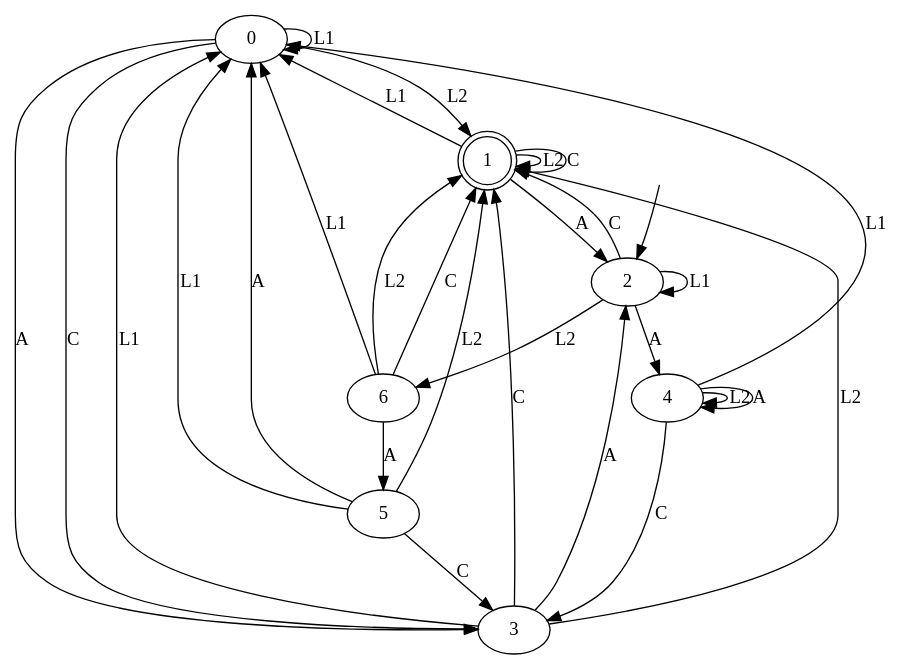
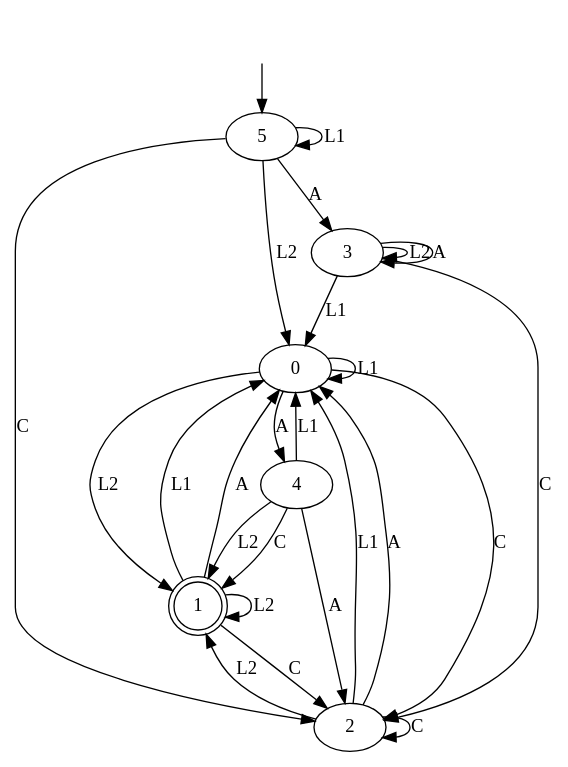
Before and after one commit to tomyaacov/lstar_dont_care: the diagram in output/magento_result_a_0.6.dot, drawn with Graphviz. The commit also changed 64 other files, not shown here.

```diff
--- a/output/magento_result_a_0.6.dot
+++ b/output/magento_result_a_0.6.dot
@@ -1,39 +1,34 @@
 digraph "output/magento_result_a_0.6" {
 0 [label=0];
 1 [label=1, shape=doublecircle];
 2 [label=2];
 3 [label=3];
 4 [label=4];
 5 [label=5];
-6 [label=6];
 0 -> 0  [label=L1];
 0 -> 1  [label=L2];
-0 -> 3  [label=A];
-0 -> 3  [label=C];
+0 -> 4  [label=A];
+0 -> 2  [label=C];
 1 -> 0  [label=L1];
 1 -> 1  [label=L2];
-1 -> 2  [label=A];
-1 -> 1  [label=C];
-2 -> 2  [label=L1];
-2 -> 6  [label=L2];
-2 -> 4  [label=A];
-2 -> 1  [label=C];
+1 -> 0  [label=A];
+1 -> 2  [label=C];
+2 -> 0  [label=L1];
+2 -> 1  [label=L2];
+2 -> 0  [label=A];
+2 -> 2  [label=C];
 3 -> 0  [label=L1];
-3 -> 1  [label=L2];
-3 -> 2  [label=A];
-3 -> 1  [label=C];
+3 -> 3  [label=L2];
+3 -> 3  [label=A];
+3 -> 2  [label=C];
 4 -> 0  [label=L1];
-4 -> 4  [label=L2];
-4 -> 4  [label=A];
-4 -> 3  [label=C];
-5 -> 0  [label=L1];
-5 -> 1  [label=L2];
-5 -> 0  [label=A];
-5 -> 3  [label=C];
-6 -> 0  [label=L1];
-6 -> 1  [label=L2];
-6 -> 5  [label=A];
-6 -> 1  [label=C];
+4 -> 1  [label=L2];
+4 -> 2  [label=A];
+4 -> 1  [label=C];
+5 -> 5  [label=L1];
+5 -> 0  [label=L2];
+5 -> 3  [label=A];
+5 -> 2  [label=C];
 __start0 [label="", shape=none];
-__start0 -> 2  [label=""];
+__start0 -> 5  [label=""];
 }
```
